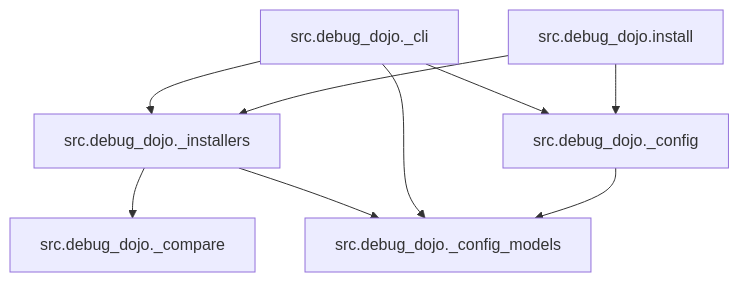
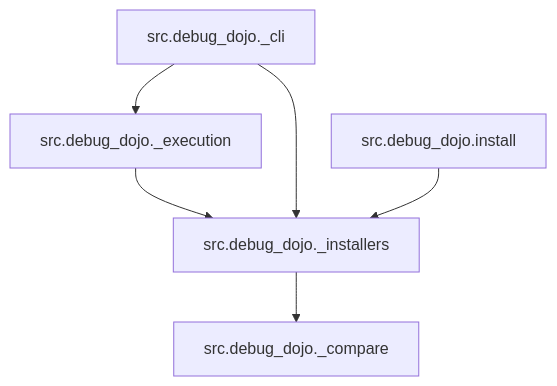
Before and after one commit to bwrob/debug-dojo: the diagram in docs/dependency_graph.mmd, drawn with Mermaid. The commit also changed 28 other files, not shown here.

First line of the commit message:
refactor: make debug-dojo opinionated, zero-config, and debugger-agnostic (#145)

```diff
--- a/docs/dependency_graph.mmd
+++ b/docs/dependency_graph.mmd
@@ -1,11 +1,7 @@
 graph TD
     src.debug_dojo._installers --> src.debug_dojo._compare
-    src.debug_dojo._installers --> src.debug_dojo._config_models
+    src.debug_dojo._execution --> src.debug_dojo._installers
+    src.debug_dojo._cli --> src.debug_dojo._execution
     src.debug_dojo._cli --> src.debug_dojo._installers
-    src.debug_dojo._cli --> src.debug_dojo._config
-    src.debug_dojo._cli --> src.debug_dojo._config_models
-    src.debug_dojo._config --> src.debug_dojo._config_models
-    src.debug_dojo.install --> src.debug_dojo._config
     src.debug_dojo.install --> src.debug_dojo._installers
-    src.debug_dojo._config_models
     src.debug_dojo._compare
```
